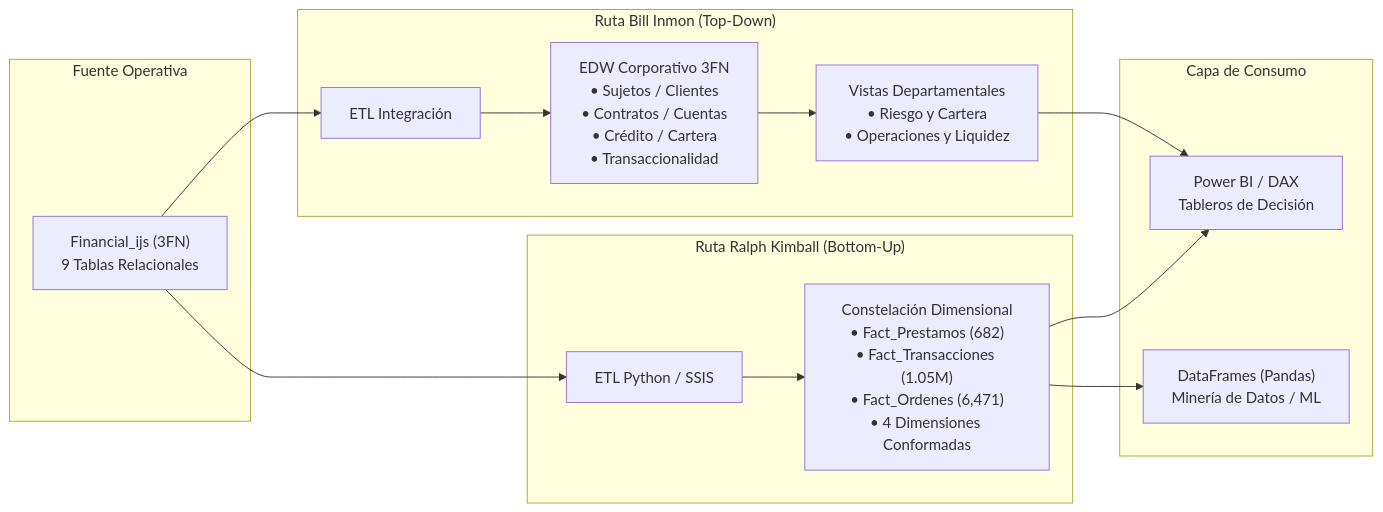
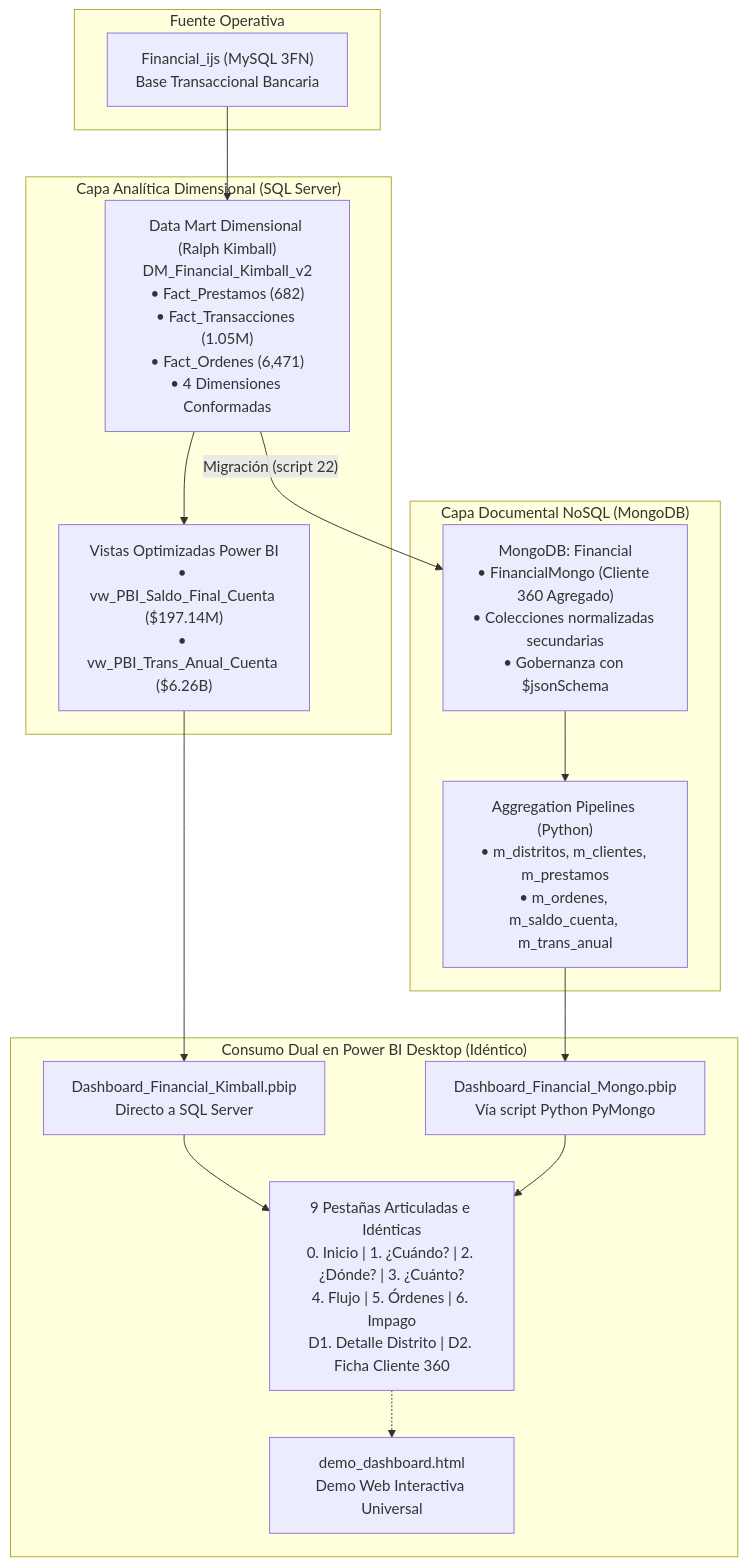
The diagram in README.md (Hlagua/DocumentosBi), drawn with Mermaid before and after one commit. The commit also changed other lines of this file and 30 other files, not shown here.

Commit message:
docs(bi): Guia Dashboard definitiva, respuesta a Carta de Diseno, maquetas Full HD, proyectos Power BI Desktop y persistencia poliglota Kimball-Mongo

````diff
--- a/README.md
+++ b/README.md
@@ -71,26 +86,33 @@
 ```mermaid
-flowchart LR
+flowchart TB
     subgraph Origen["Fuente Operativa"]
-        OLTP["Financial_ijs (3FN)<br>9 Tablas Relacionales"]
+        OLTP["Financial_ijs (MySQL 3FN)<br>Base Transaccional Bancaria"]
     end
 
-    subgraph Kimball["Ruta Ralph Kimball (Bottom-Up)"]
-        ETL_K["ETL Python / SSIS"]
-        DM_K["Constelación Dimensional<br>• Fact_Prestamos (682)<br>• Fact_Transacciones (1.05M)<br>• Fact_Ordenes (6,471)<br>• 4 Dimensiones Conformadas"]
+    subgraph DW["Capa Analítica Dimensional (SQL Server)"]
+        DM_K["Data Mart Dimensional (Ralph Kimball)<br>DM_Financial_Kimball_v2<br>• Fact_Prestamos (682)<br>• Fact_Transacciones (1.05M)<br>• Fact_Ordenes (6,471)<br>• 4 Dimensiones Conformadas"]
+        Vistas["Vistas Optimizadas Power BI<br>• vw_PBI_Saldo_Final_Cuenta ($197.14M)<br>• vw_PBI_Trans_Anual_Cuenta ($6.26B)"]
+        DM_K --> Vistas
     end
 
-    subgraph Inmon["Ruta Bill Inmon (Top-Down)"]
-        ETL_I["ETL Integración"]
-        EDW["EDW Corporativo 3FN<br>• Sujetos / Clientes<br>• Contratos / Cuentas<br>• Crédito / Cartera<br>• Transaccionalidad"]
-        DM_I["Vistas Departamentales<br>• Riesgo y Cartera<br>• Operaciones y Liquidez"]
+    subgraph NoSQL["Capa Documental NoSQL (MongoDB)"]
+        Mongo["MongoDB: Financial<br>• FinancialMongo (Cliente 360 Agregado)<br>• Colecciones normalizadas secundarias<br>• Gobernanza con $jsonSchema"]
+        PyMongo["Aggregation Pipelines (Python)<br>• m_distritos, m_clientes, m_prestamos<br>• m_ordenes, m_saldo_cuenta, m_trans_anual"]
+        Mongo --> PyMongo
     end
 
-    subgraph BI["Capa de Consumo"]
-        Dashboards["Power BI / DAX<br>Tableros de Decisión"]
-        PythonDF["DataFrames (Pandas)<br>Minería de Datos / ML"]
+    subgraph PBI["Consumo Dual en Power BI Desktop (Idéntico)"]
+        PB_Kimball["Dashboard_Financial_Kimball.pbip<br>Directo a SQL Server"]
+        PB_Mongo["Dashboard_Financial_Mongo.pbip<br>Vía script Python PyMongo"]
+        Demo_Web["demo_dashboard.html<br>Demo Web Interactiva Universal"]
+        Tabs["9 Pestañas Articuladas e Idénticas<br>0. Inicio | 1. ¿Cuándo? | 2. ¿Dónde? | 3. ¿Cuánto?<br>4. Flujo | 5. Órdenes | 6. Impago<br>D1. Detalle Distrito | D2. Ficha Cliente 360"]
     end
 
-    OLTP --> ETL_K --> DM_K --> Dashboards
-    DM_K --> PythonDF
-    OLTP --> ETL_I --> EDW --> DM_I --> Dashboards
+    OLTP --> DM_K
+    DM_K -- "Migración (script 22)" --> Mongo
+    Vistas --> PB_Kimball
+    PyMongo --> PB_Mongo
+    PB_Kimball --> Tabs
+    PB_Mongo --> Tabs
+    Tabs -.-> Demo_Web
 ```
````
